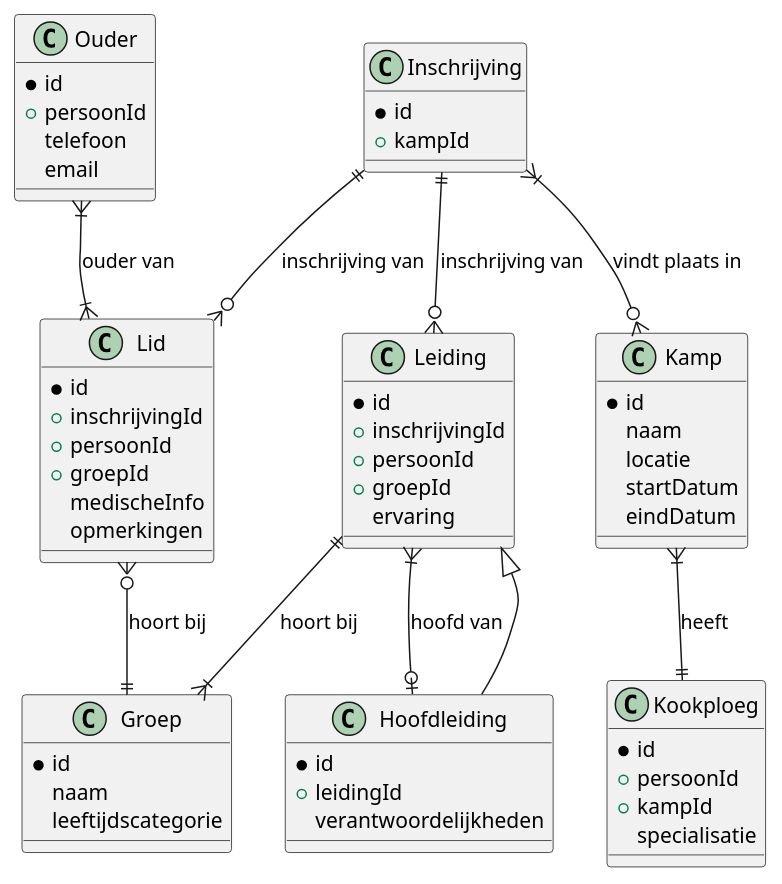
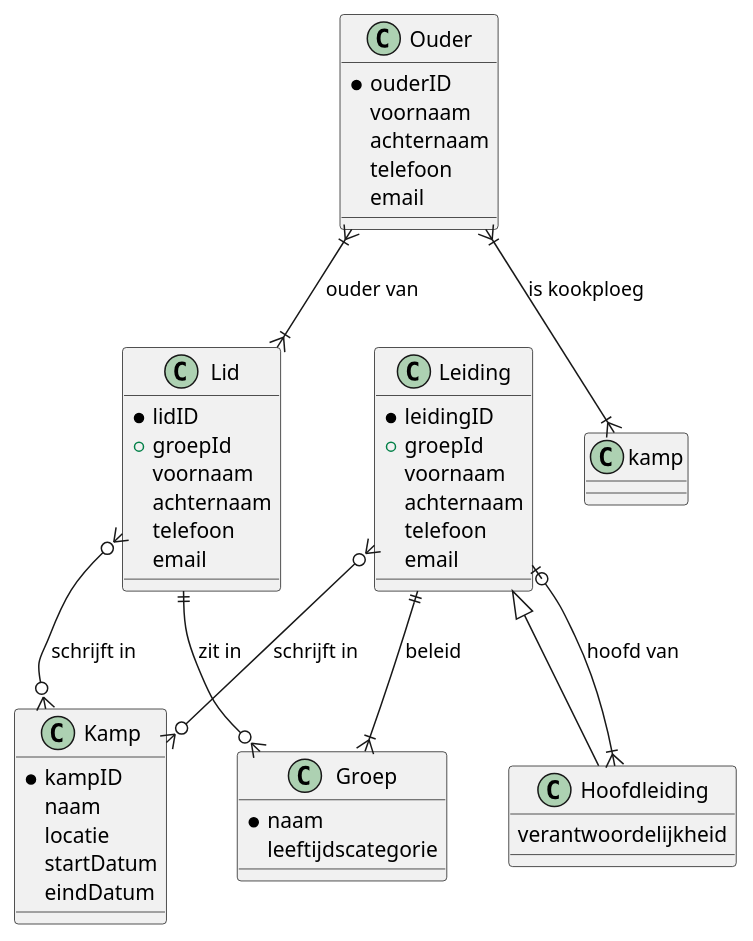
Before and after one commit to matteovdr/frontendweb-2526-mateo-kobe: the diagram in erd.md, drawn with PlantUML. The commit also changed other lines of this file and 1 other file, not shown here.

Commit message:
erd verbetert

````diff
--- a/erd.md
+++ b/erd.md
@@ -9,74 +9,65 @@
 ```plantuml
+plantuml
 @startuml
 class Ouder {
-    *id
-    +persoonId
+    *ouderID
+    voornaam
+    achternaam
     telefoon
     email
 }
 
-class Inschrijving {
-    *id
-    +kampId
-}
-
 class Lid {
-    *id
-    +inschrijvingId
-    +persoonId
+    *lidID
     +groepId
-    medischeInfo
-    opmerkingen
+    voornaam
+    achternaam
+    telefoon
+    email
 }
 
 class Leiding {
-    *id
-    +inschrijvingId
-    +persoonId
+    *leidingID
     +groepId
-    ervaring
+    voornaam
+    achternaam
+    telefoon
+    email
 }
 
 class Hoofdleiding {
-    *id
-    +leidingId
-    verantwoordelijkheden
+    verantwoordelijkheid
 }
 
 class Groep {
-    *id
-    naam
+    *naam
     leeftijdscategorie
 }
 
 class Kamp {
-    *id
+    *kampID
     naam
     locatie
     startDatum
     eindDatum
 }
 
-class Kookploeg {
-    *id
-    +persoonId
-    +kampId
-    specialisatie
-}
+' Zero or One      |o--
+' Exactly One     ||--
+' Zero or Many      }o--
+' One or Many       }|--
+' Relaties (class-diagram syntax)
 
-' Relaties (class-diagram syntax)
 Ouder }|--|{ Lid : ouder van
-Inschrijving ||--o{ Lid : inschrijving van
-Inschrijving ||--o{ Leiding : inschrijving van
-Inschrijving }|--o{ Kamp : vindt plaats in
-Lid }o--|| Groep : hoort bij
-Leiding ||--|{ Groep : hoort bij
-Leiding }|--o| Hoofdleiding : hoofd van
-Kamp }|--|| Kookploeg : heeft
+Ouder }|--|{ kamp : is kookploeg
+Lid }o--o{ Kamp : schrijft in
+Lid ||--o{ Groep : zit in
+Leiding }o--o{ Kamp : schrijft in
+Leiding ||--|{ Groep : beleid
+Hoofdleiding }|--o| Leiding : hoofd van
 
 ' Overerving
 Leiding <|-- Hoofdleiding
 
-
 @enduml
 ```
````
